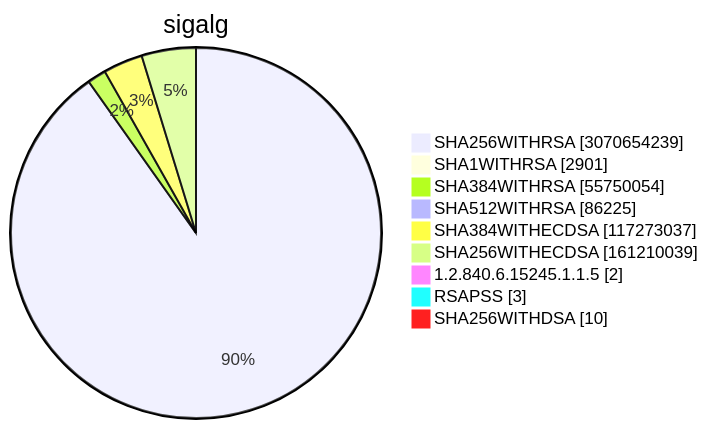
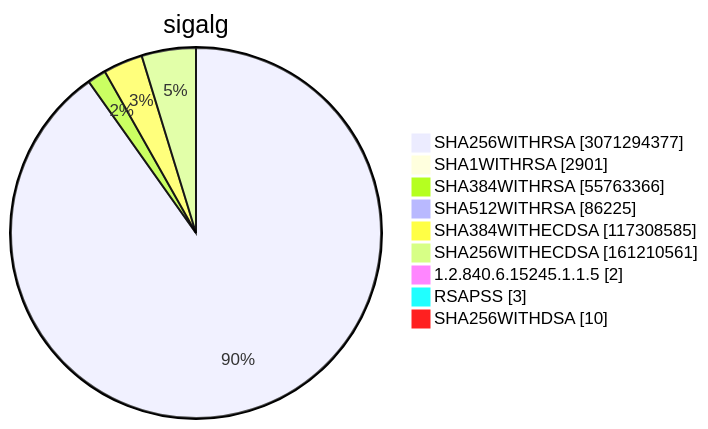
One commit to christiankrug/ctmonitor_visualization changed diagram 15 of 15 in TOTAL/README.md. Above: the diagram before and after it, drawn with Mermaid. The commit also changed other lines of this file, not shown here.

````diff
--- a/TOTAL/README.md
+++ b/TOTAL/README.md
@@ -6209,13 +6209,13 @@
 ```mermaid
 pie showData
 title sigalg
-"SHA256WITHRSA" :3070654239
+"SHA256WITHRSA" :3071294377
 "SHA1WITHRSA" :2901
-"SHA384WITHRSA" :55750054
+"SHA384WITHRSA" :55763366
 "SHA512WITHRSA" :86225
-"SHA384WITHECDSA" :117273037
-"SHA256WITHECDSA" :161210039
+"SHA384WITHECDSA" :117308585
+"SHA256WITHECDSA" :161210561
 "1.2.840.6.15245.1.1.5" :2
 "RSAPSS" :3
 "SHA256WITHDSA" :10
 ```
````
